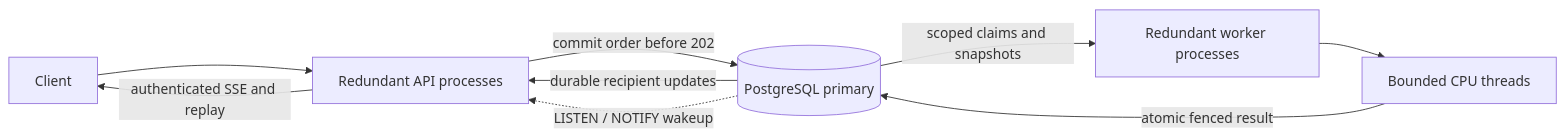
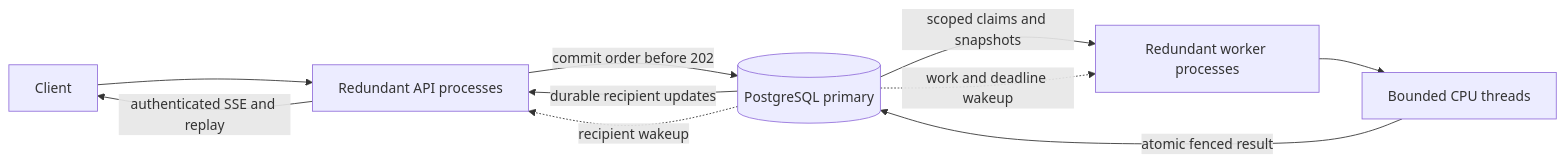
Before and after one commit to unbought-games/orbit-imperium: the diagram in docs/operations/concurrent-runtime.md, drawn with Mermaid. The commit also changed other lines of this file and 158 other files, not shown here.

````diff
--- a/docs/operations/concurrent-runtime.md
+++ b/docs/operations/concurrent-runtime.md
@@ -11,11 +11,12 @@
 ```mermaid
 flowchart LR
   Client --> API[Redundant API processes]
   API -->|commit order before 202| DB[(PostgreSQL primary)]
   DB -->|scoped claims and snapshots| Worker[Redundant worker processes]
   Worker --> CPU[Bounded CPU threads]
   CPU -->|atomic fenced result| DB
   DB -->|durable recipient updates| API
-  DB -. LISTEN / NOTIFY wakeup .-> API
+  DB -. recipient wakeup .-> API
+  DB -. work and deadline wakeup .-> Worker
   API -->|authenticated SSE and replay| Client
 ```
````
